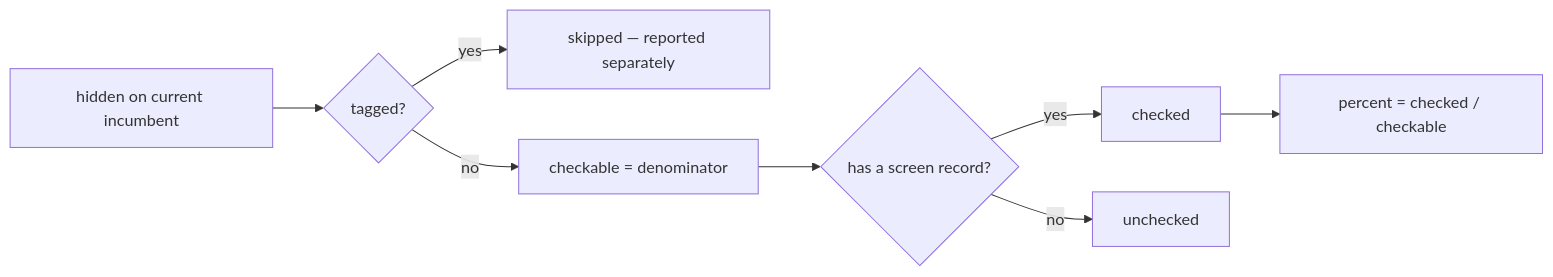
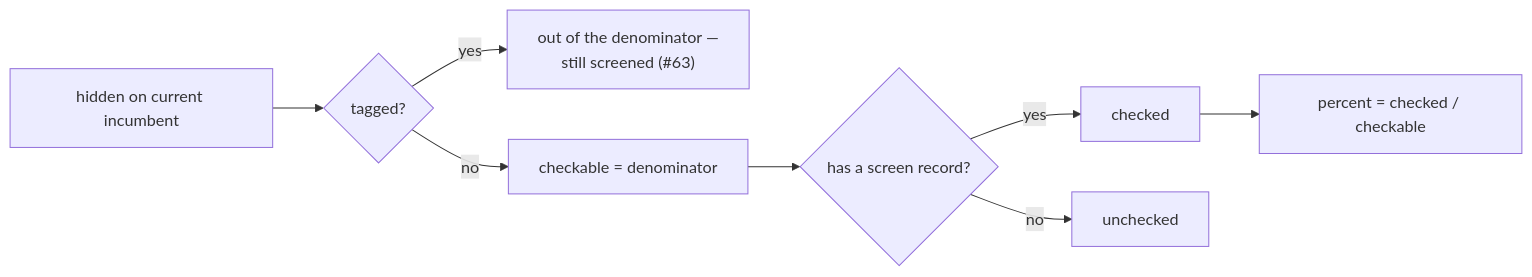
The fourth of 8 diagrams in README.md (stSoftwareAU/NEAT-AI-Ockham), drawn with Mermaid before and after one commit. The commit also changed other lines of this file and 8 other files, not shown here.

````diff
--- a/README.md
+++ b/README.md
@@ -390,10 +390,10 @@
 ```mermaid
 flowchart LR
     H["hidden on current incumbent"] --> T{"tagged?"}
-    T -->|yes| K["skipped — reported separately"]
+    T -->|yes| K["out of the denominator —<br/>still screened (#63)"]
     T -->|no| C["checkable = denominator"]
     C --> S{"has a screen record?"}
     S -->|yes| D["checked"]
     S -->|no| U["unchecked"]
     D --> P["percent = checked / checkable"]
 ```
````
